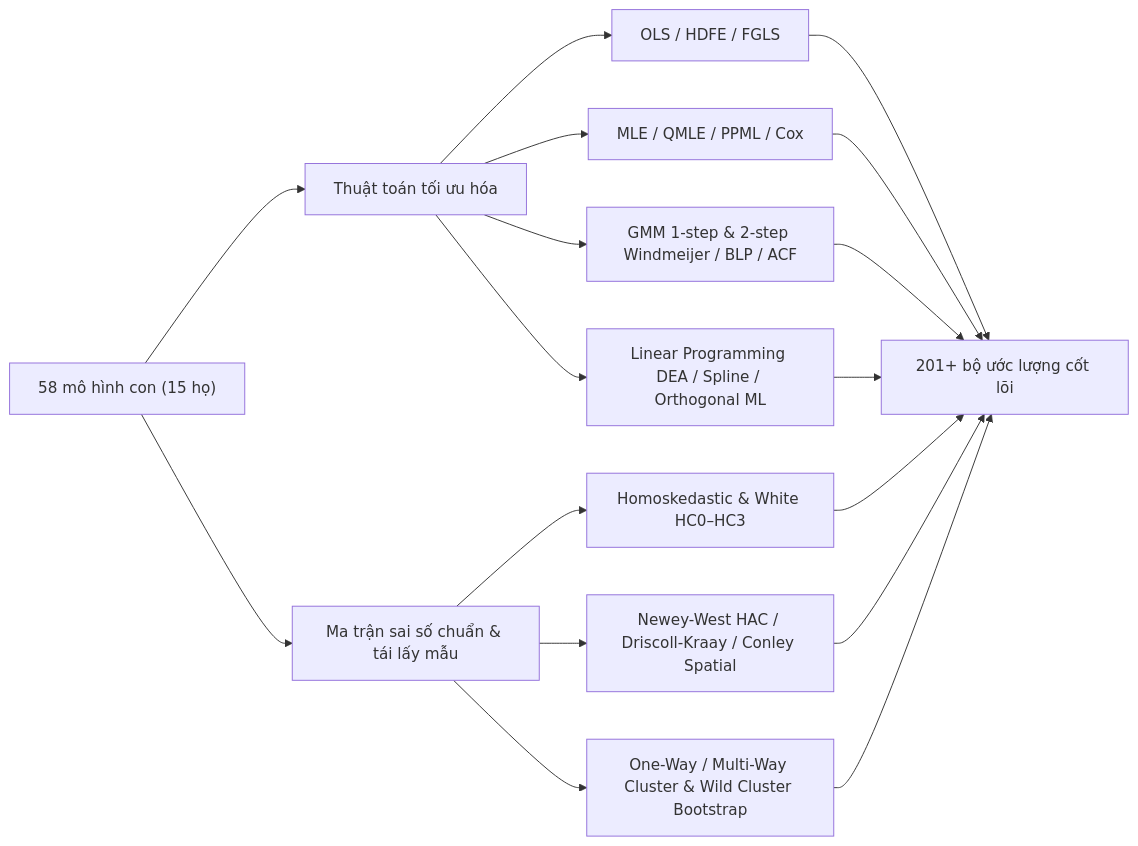
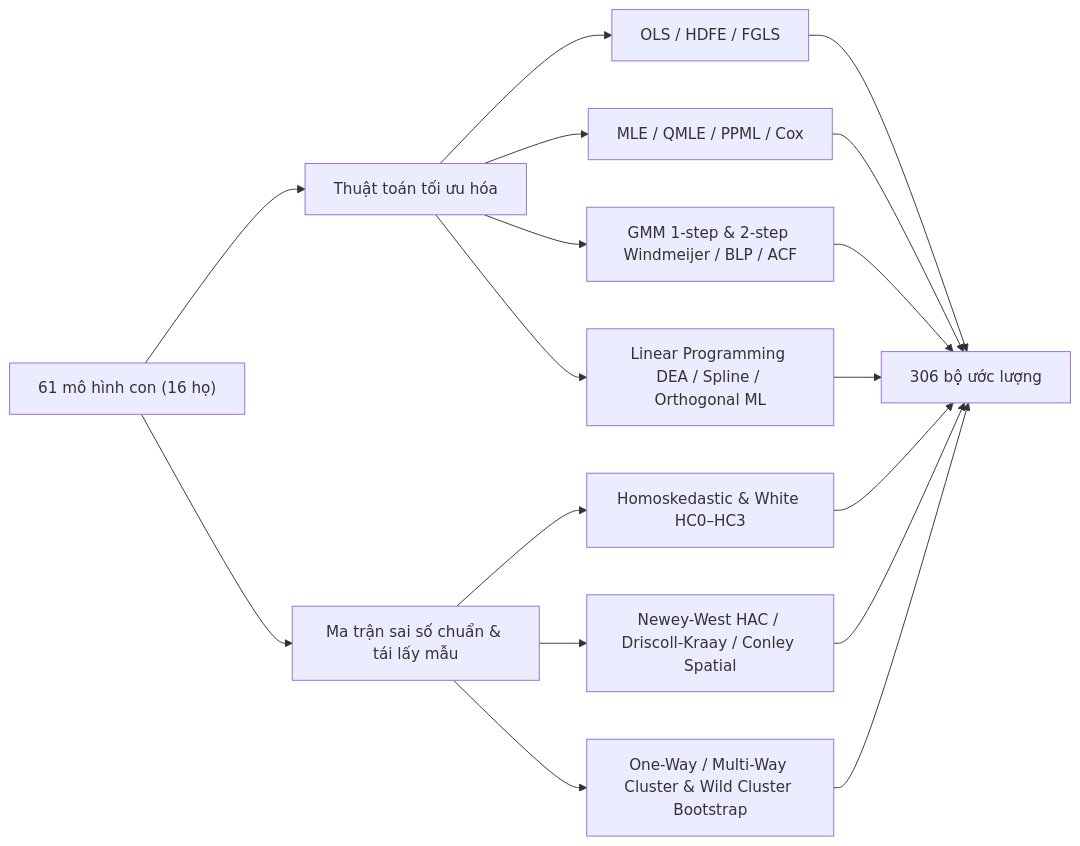
The second of 2 diagrams in docs/ecolab/model/group.md (vietlod/docs), drawn with Mermaid before and after one commit. The commit also changed other lines of this file and 349 other files, not shown here.

````diff
--- a/docs/ecolab/model/group.md
+++ b/docs/ecolab/model/group.md
@@ -77,19 +78,19 @@
 ```mermaid
 flowchart LR
-    M["58 mô hình con (15 họ)"] --> O["Thuật toán tối ưu hóa"]
+    M["61 mô hình con (16 họ)"] --> O["Thuật toán tối ưu hóa"]
     M --> S["Ma trận sai số chuẩn & tái lấy mẫu"]
     O --> O1["OLS / HDFE / FGLS"]
     O --> O2["MLE / QMLE / PPML / Cox"]
     O --> O3["GMM 1-step & 2-step Windmeijer / BLP / ACF"]
     O --> O4["Linear Programming DEA / Spline / Orthogonal ML"]
     S --> S1["Homoskedastic & White HC0–HC3"]
     S --> S2["Newey-West HAC / Driscoll-Kraay / Conley Spatial"]
     S --> S3["One-Way / Multi-Way Cluster & Wild Cluster Bootstrap"]
-    O1 --> R["201+ bộ ước lượng cốt lõi"]
+    O1 --> R["306 bộ ước lượng"]
     O2 --> R
     O3 --> R
     O4 --> R
     S1 --> R
     S2 --> R
     S3 --> R
 ```
````
